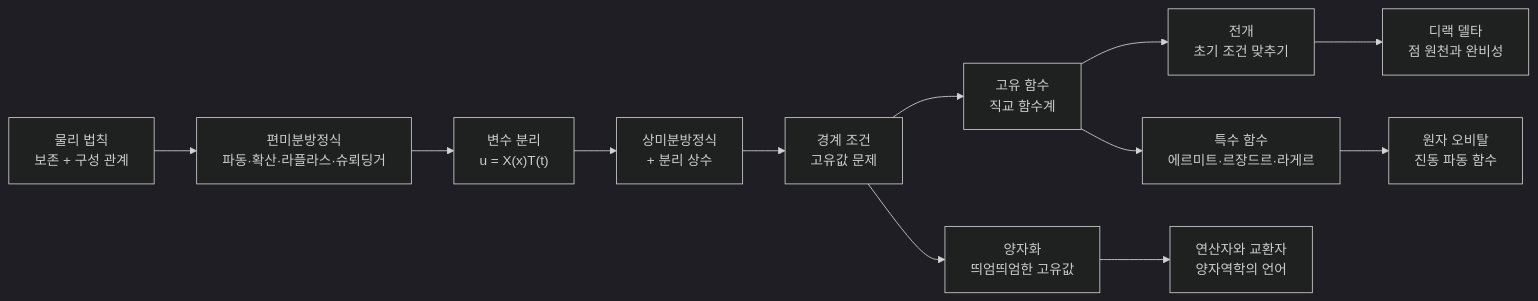
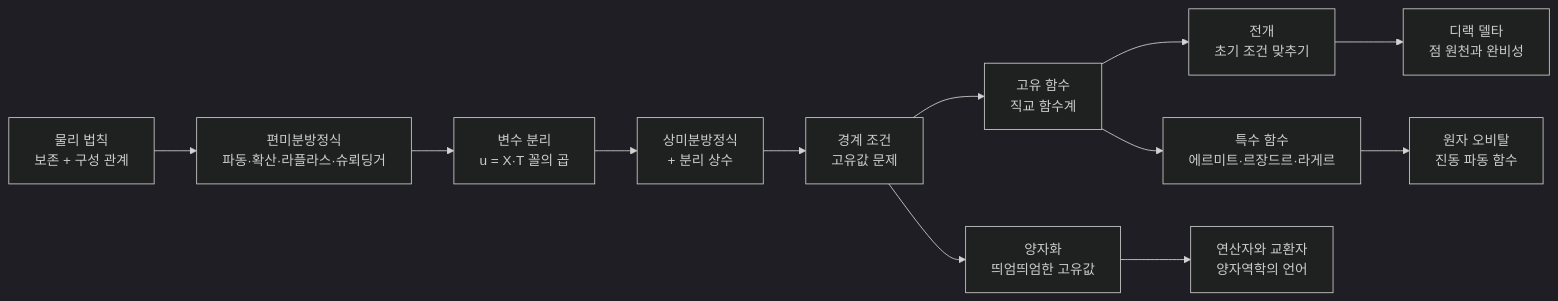
The diagram in 대학_전공과정/수학_도구/umath-8_편미분방정식과_특수_함수.md (EricKOR1/sciencebook), drawn with Mermaid (dark theme) before and after one commit. The commit also changed other lines of this file and 20 other files, not shown here.

````diff
--- a/대학_전공과정/수학_도구/umath-8_편미분방정식과_특수_함수.md
+++ b/대학_전공과정/수학_도구/umath-8_편미분방정식과_특수_함수.md
@@ -46,14 +46,14 @@
 ```mermaid
 flowchart LR
     A["물리 법칙<br/>보존 + 구성 관계"] --> B["편미분방정식<br/>파동·확산·라플라스·슈뢰딩거"]
-    B --> C["변수 분리<br/>u = X(x)T(t)"]
+    B --> C["변수 분리<br/>u = X·T 꼴의 곱"]
     C --> D["상미분방정식<br/>+ 분리 상수"]
     D --> E["경계 조건<br/>고유값 문제"]
     E --> F["양자화<br/>띄엄띄엄한 고유값"]
     E --> G["고유 함수<br/>직교 함수계"]
     G --> H["전개<br/>초기 조건 맞추기"]
     G --> I["특수 함수<br/>에르미트·르장드르·라게르"]
     I --> J["원자 오비탈<br/>진동 파동 함수"]
     F --> K["연산자와 교환자<br/>양자역학의 언어"]
     H --> L["디랙 델타<br/>점 원천과 완비성"]
 ```
````
